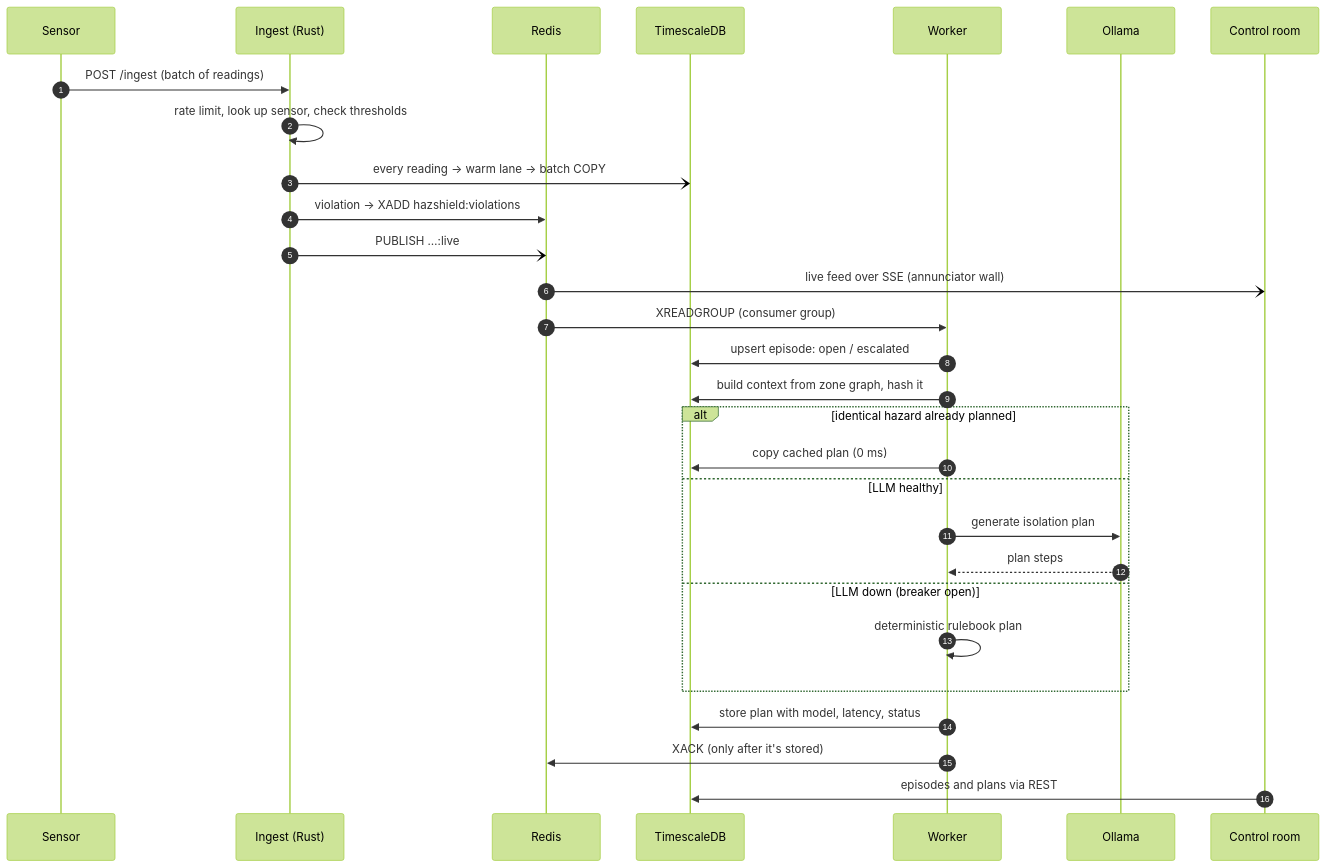
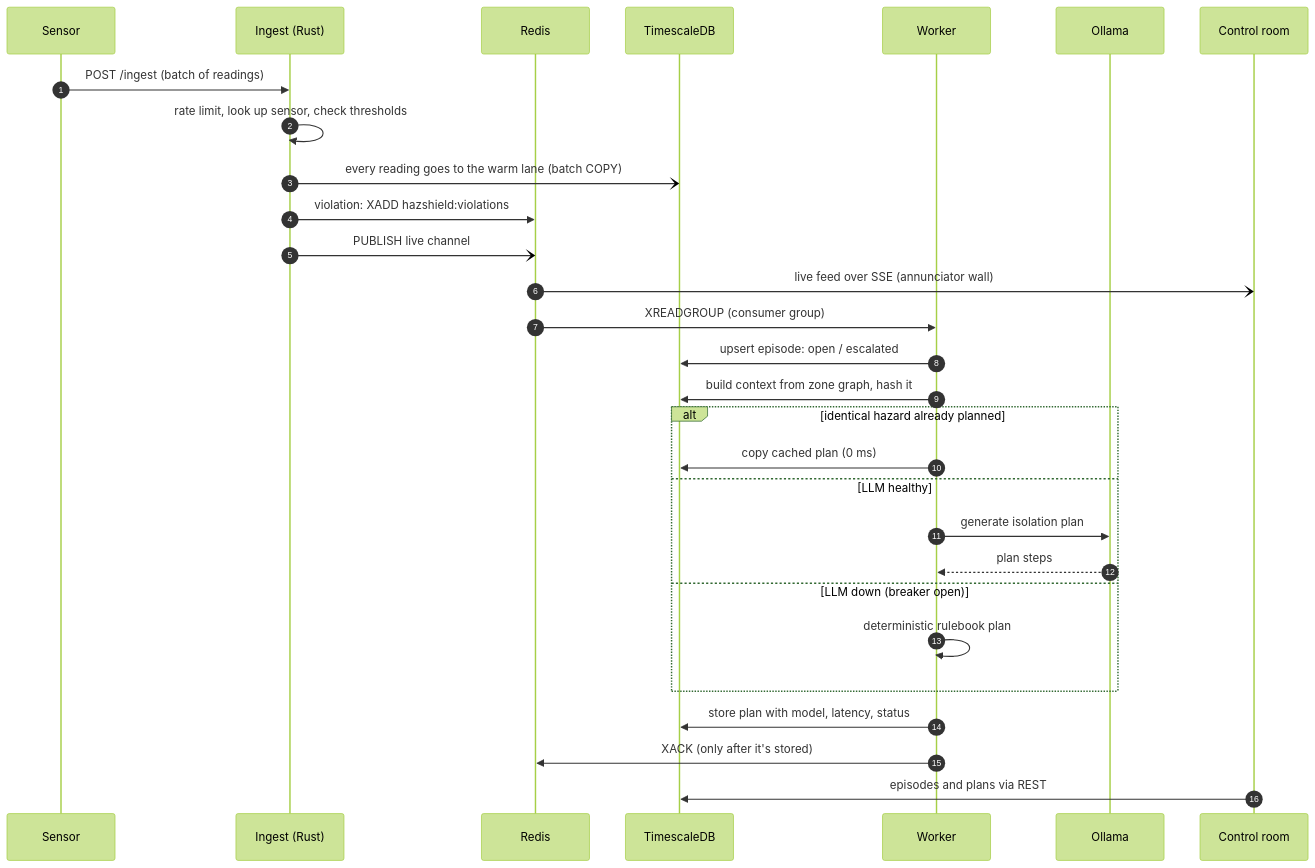
The second of 4 diagrams in README.md (SumitGA/HazshieldAI), drawn with Mermaid (forest theme) before and after one commit. The commit also changed other lines of this file, not shown here.

Commit message:
Rewrite overview in my own words and simplify the diagrams

````diff
--- a/README.md
+++ b/README.md
@@ -99,32 +104,32 @@
 ```mermaid
 sequenceDiagram
     autonumber
     participant S as Sensor
     participant I as Ingest (Rust)
     participant R as Redis
     participant T as TimescaleDB
     participant W as Worker
     participant L as Ollama
     participant C as Control room
 
     S->>I: POST /ingest (batch of readings)
     I->>I: rate limit, look up sensor, check thresholds
-    I-)T: every reading → warm lane → batch COPY
-    I->>R: violation → XADD hazshield:violations
-    I-)R: PUBLISH …:live
+    I-)T: every reading goes to the warm lane (batch COPY)
+    I->>R: violation: XADD hazshield:violations
+    I-)R: PUBLISH live channel
     R-)C: live feed over SSE (annunciator wall)
     R->>W: XREADGROUP (consumer group)
     W->>T: upsert episode: open / escalated
     W->>T: build context from zone graph, hash it
     alt identical hazard already planned
         W->>T: copy cached plan (0 ms)
     else LLM healthy
         W->>L: generate isolation plan
         L-->>W: plan steps
     else LLM down (breaker open)
         W->>W: deterministic rulebook plan
     end
     W->>T: store plan with model, latency, status
     W->>R: XACK (only after it's stored)
     C->>T: episodes and plans via REST
 ```
````
